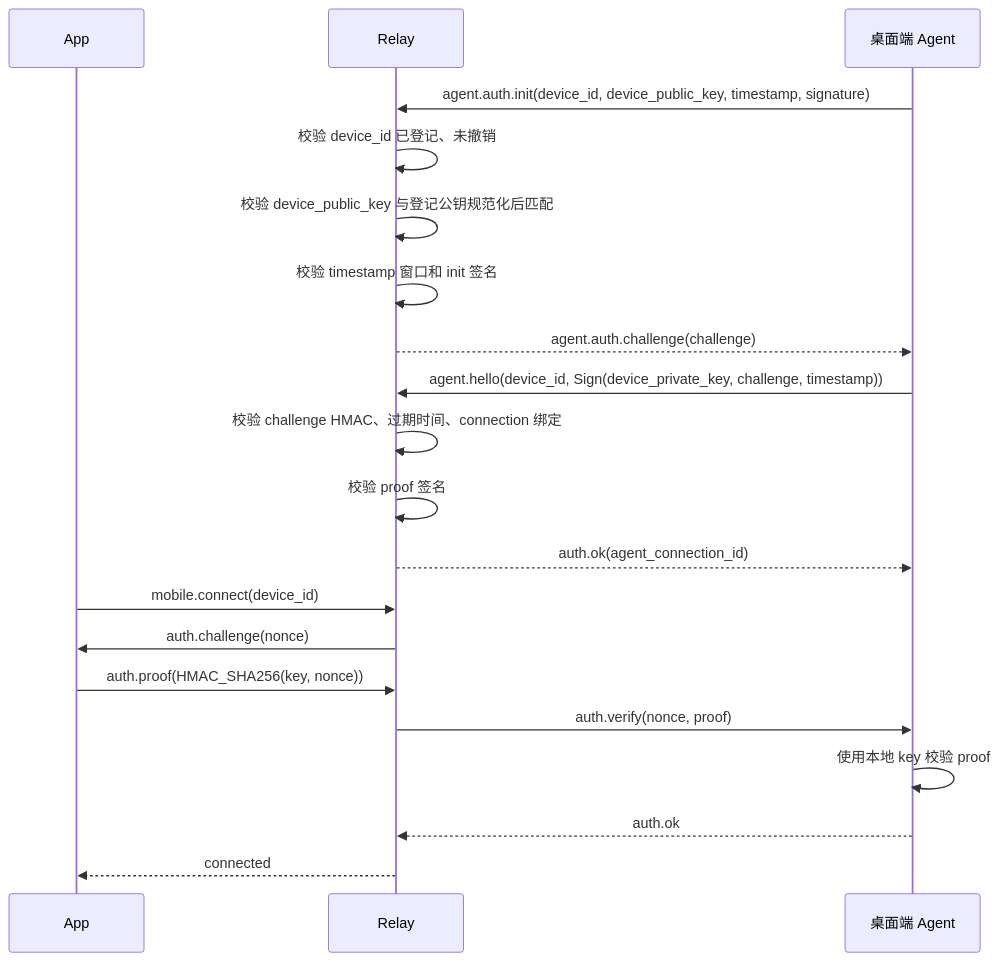
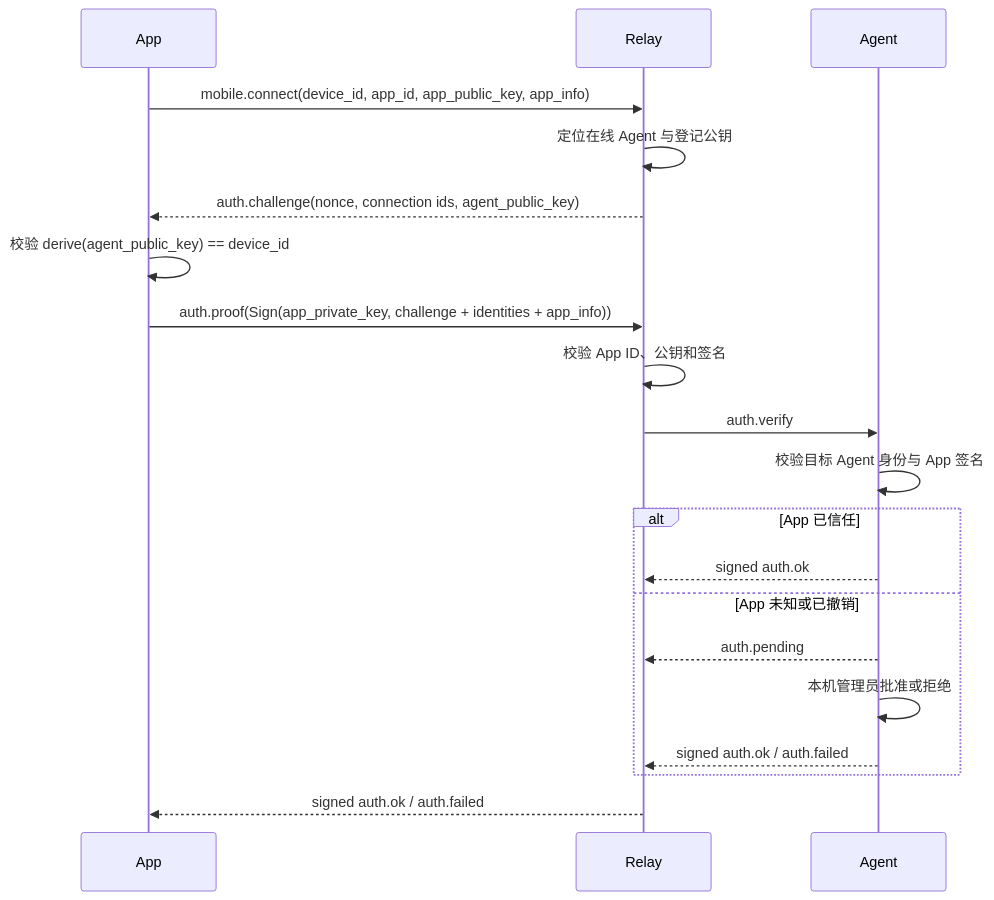
The diagram in docs/auth-key-design.md (zhangbozhb/OmniWork), drawn with Mermaid before and after one commit. The commit also changed other lines of this file and 198 other files, not shown here.

````diff
--- a/docs/auth-key-design.md
+++ b/docs/auth-key-design.md
@@ -118,23 +76,23 @@
 ```mermaid
 sequenceDiagram
   participant A as App
   participant R as Relay
-  participant M as 桌面端 Agent
+  participant G as Agent
 
-  M->>R: agent.auth.init(device_id, device_public_key, timestamp, signature)
-  R->>R: 校验 device_id 已登记、未撤销
-  R->>R: 校验 device_public_key 与登记公钥规范化后匹配
-  R->>R: 校验 timestamp 窗口和 init 签名
-  R-->>M: agent.auth.challenge(challenge)
-  M->>R: agent.hello(device_id, Sign(device_private_key, challenge, timestamp))
-  R->>R: 校验 challenge HMAC、过期时间、connection 绑定
-  R->>R: 校验 proof 签名
-  R-->>M: auth.ok(agent_connection_id)
-  A->>R: mobile.connect(device_id)
-  R->>A: auth.challenge(nonce)
-  A->>R: auth.proof(HMAC_SHA256(key, nonce))
-  R->>M: auth.verify(nonce, proof)
-  M->>M: 使用本地 key 校验 proof
-  M-->>R: auth.ok
-  R-->>A: connected
+  A->>R: mobile.connect(device_id, app_id, app_public_key, app_info)
+  R->>R: 定位在线 Agent 与登记公钥
+  R-->>A: auth.challenge(nonce, connection ids, agent_public_key)
+  A->>A: 校验 derive(agent_public_key) == device_id
+  A->>R: auth.proof(Sign(app_private_key, challenge + identities + app_info))
+  R->>R: 校验 App ID、公钥和签名
+  R->>G: auth.verify
+  G->>G: 校验目标 Agent 身份与 App 签名
+  alt App 已信任
+    G-->>R: signed auth.ok
+  else App 未知或已撤销
+    G-->>R: auth.pending
+    G->>G: 本机管理员批准或拒绝
+    G-->>R: signed auth.ok / auth.failed
+  end
+  R-->>A: signed auth.ok / auth.failed
 ```
````
